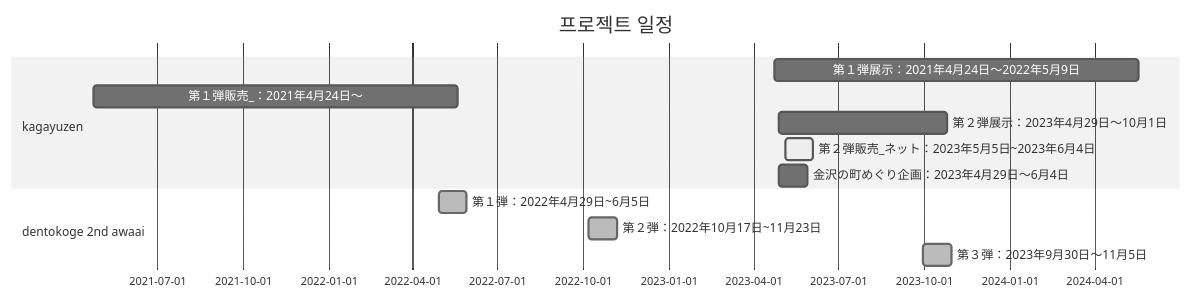
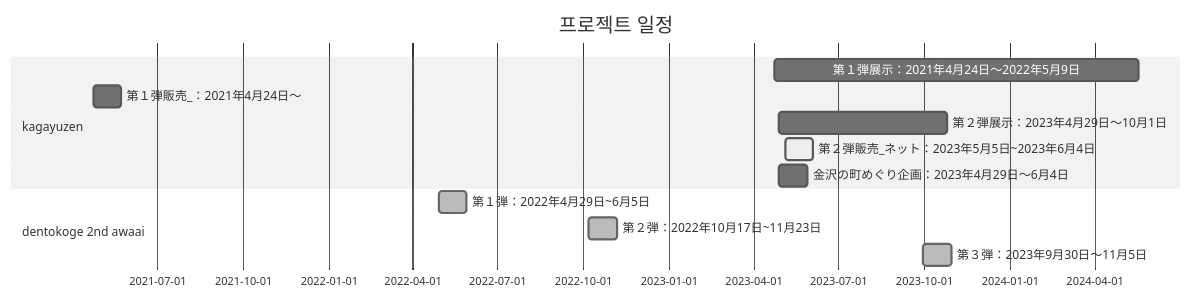
The diagram in 정리_세계시간.md (JihongNMI/SQL-and-Java), drawn with Mermaid (neutral theme) before and after one commit.

````diff
--- a/정리_세계시간.md
+++ b/정리_세계시간.md
@@ -1,19 +1,19 @@
 ```mermaid
 gantt
     title 프로젝트 일정
     dateFormat  YYYY-MM-DD
 
     section kagayuzen
     第１弾展示：2021年4月24日～2022年5月9日    :    2023-04-24, 390d
-    第１弾販売_：2021年4月24日～    :    2021-04-24, 390d
+    第１弾販売_：2021年4月24日～    :    2021-04-24, 30d
     
     第２弾展示：2023年4月29日～10月1日    :    2023-04-29, 180d
     第２弾販売_ネット：2023年5月5日~2023年6月4日    :    active, 2023-05-05, 30d
     金沢の町めぐり企画：2023年4月29日～6月4日    :    2023-04-29, 30d
 
     section dentokoge 2nd awaai
     第１弾：2022年4月29日~6月5日    :done,    2022-04-29, 30d
     第２弾：2022年10月17日~11月23日    :done,    2022-10-07, 30d
     第３弾：2023年9月30日～11月5日    :done,    2023-09-30, 30d
 
 ```
````
